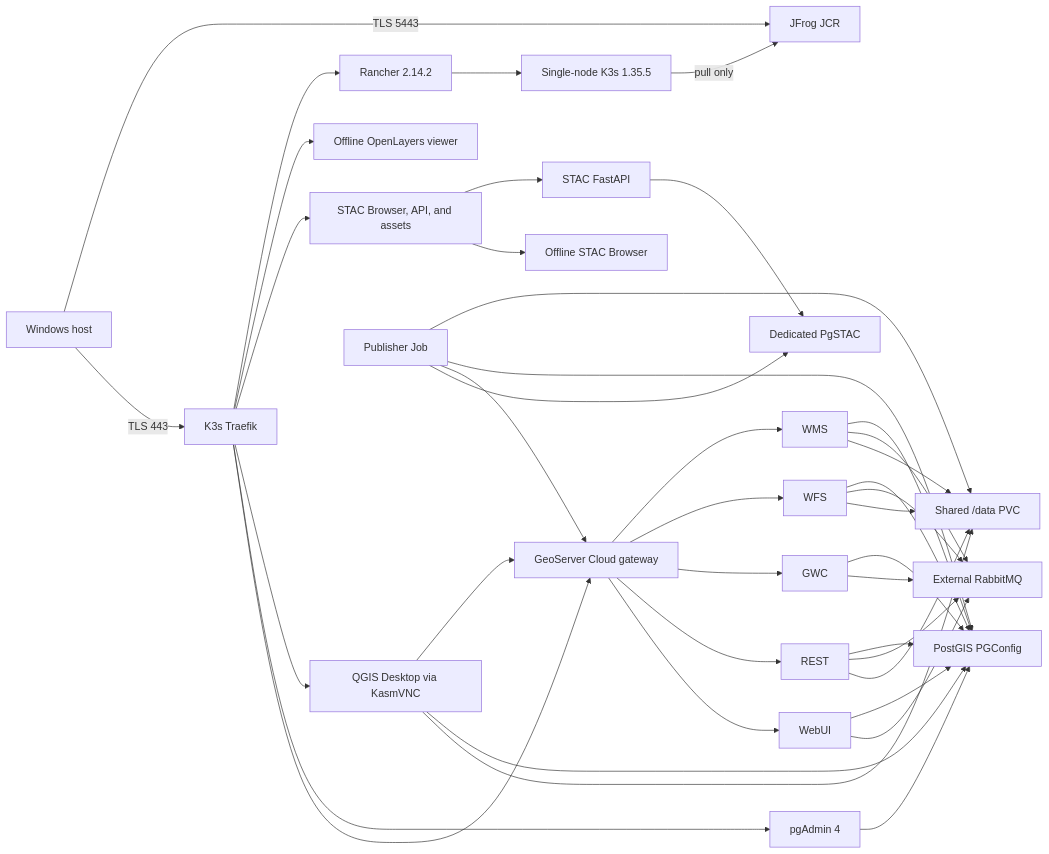
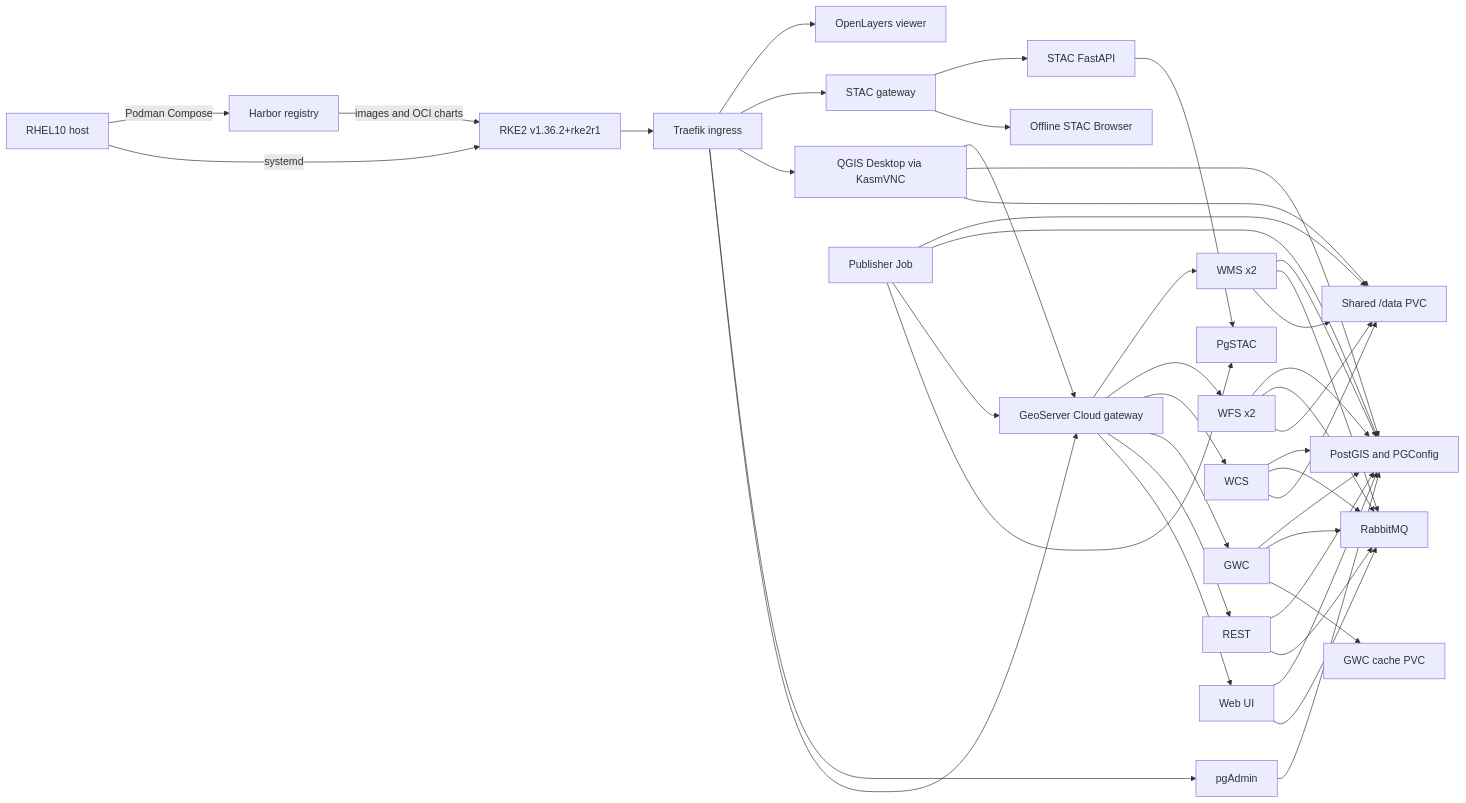
One commit to AShapira/geoserver-cloud-rancher changed the diagram in docs/architecture.md. Above: the diagram before and after it, drawn with Mermaid. The commit also changed other lines of this file and 44 other files, not shown here.

Commit message:
Adapt stack for RHEL10 RKE2 and Harbor

````diff
--- a/docs/architecture.md
+++ b/docs/architecture.md
@@ -12,42 +14,50 @@
 ```mermaid
 flowchart LR
-  Host["Windows host"] -->|TLS 5443| JCR["JFrog JCR"]
-  Host -->|TLS 443| Ingress["K3s Traefik"]
-  Rancher["Rancher 2.14.2"] --> K8s["Single-node K3s 1.35.5"]
-  Ingress --> Rancher
-  Ingress --> Viewer["Offline OpenLayers viewer"]
-  Ingress --> StacGateway["STAC Browser, API, and assets"]
-  Ingress --> QGIS["QGIS Desktop via KasmVNC"]
-  Ingress --> PgAdmin["pgAdmin 4"]
-  Ingress --> Gateway["GeoServer Cloud gateway"]
-  Gateway --> WMS
-  Gateway --> WFS
-  Gateway --> GWC
-  Gateway --> REST
-  Gateway --> WebUI
+  Host["RHEL10 host"] -->|Podman Compose| Harbor["Harbor registry"]
+  Host -->|systemd| RKE2["RKE2 v1.36.2+rke2r1"]
+  RKE2 --> Traefik["Traefik ingress"]
+  Traefik --> Viewer["OpenLayers viewer"]
+  Traefik --> StacGateway["STAC gateway"]
+  Traefik --> QGIS["QGIS Desktop via KasmVNC"]
+  Traefik --> PgAdmin["pgAdmin"]
+  Traefik --> GSCGateway["GeoServer Cloud gateway"]
+
+  Harbor -->|images and OCI charts| RKE2
+  GSCGateway --> WMS["WMS x2"]
+  GSCGateway --> WFS["WFS x2"]
+  GSCGateway --> WCS["WCS"]
+  GSCGateway --> GWC["GWC"]
+  GSCGateway --> REST["REST"]
+  GSCGateway --> WebUI["Web UI"]
+
+  WMS --> PostGIS["PostGIS and PGConfig"]
+  WFS --> PostGIS
+  WCS --> PostGIS
+  GWC --> PostGIS
+  REST --> PostGIS
+  WebUI --> PostGIS
+  WMS --> RabbitMQ["RabbitMQ"]
+  WFS --> RabbitMQ
+  WCS --> RabbitMQ
+  GWC --> RabbitMQ
+  REST --> RabbitMQ
+  WebUI --> RabbitMQ
+
   StacGateway --> StacApi["STAC FastAPI"]
   StacGateway --> StacBrowser["Offline STAC Browser"]
-  StacApi --> PgSTAC["Dedicated PgSTAC"]
-  WMS --> PG["PostGIS PGConfig"]
-  WFS --> PG
-  GWC --> PG
-  REST --> PG
-  WebUI --> PG
-  WMS --> RMQ["External RabbitMQ"]
-  WFS --> RMQ
-  GWC --> RMQ
-  REST --> RMQ
-  WebUI --> RMQ
-  QGIS --> Gateway
-  QGIS --> PG
-  PgAdmin --> PG
-  QGIS --> Data["Shared /data PVC"]
+  StacApi --> PgSTAC["PgSTAC"]
+
+  QGIS --> GSCGateway
+  QGIS --> PostGIS
+  PgAdmin --> PostGIS
+
+  Publisher["Publisher Job"] --> Data["Shared /data PVC"]
+  Publisher --> PostGIS
+  Publisher --> GSCGateway
+  Publisher --> PgSTAC
   WMS --> Data
   WFS --> Data
-  REST --> Data
-  Publisher["Publisher Job"] --> Data
-  Publisher --> PG
-  Publisher --> Gateway
-  Publisher --> PgSTAC
-  K8s -->|pull only| JCR
+  WCS --> Data
+  GWC --> Cache["GWC cache PVC"]
+  QGIS --> Data
 ```
````
